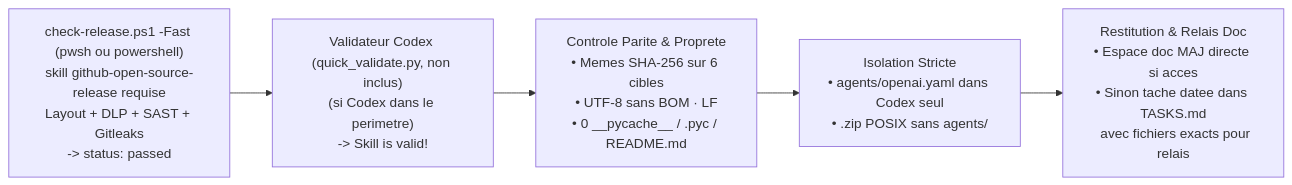
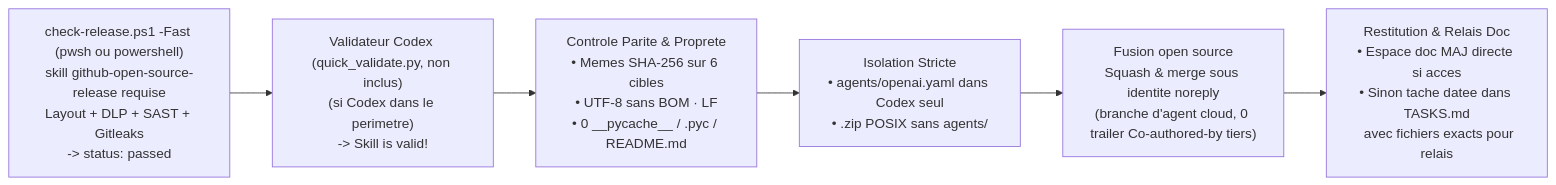
Before and after one commit to Melkyzedec/Toolbox: the second of 2 diagrams in skills/mon-standard-skill/references/processus.md, drawn with Mermaid. The commit also changed other lines of this file and 5 other files, not shown here.

Commit message:
docs(skills): checklist Windows 6 points, hygiene scanners, Squash noreply et seuil mutation 80% (#12)

````diff
--- a/skills/mon-standard-skill/references/processus.md
+++ b/skills/mon-standard-skill/references/processus.md
@@ -44,10 +44,11 @@
 ```mermaid
 flowchart LR
     GATE["check-release.ps1 -Fast (pwsh ou powershell)\nskill github-open-source-release requise\nLayout + DLP + SAST + Gitleaks\n-> status: passed"]
     QV["Validateur Codex (quick_validate.py, non inclus)\n(si Codex dans le perimetre)\n-> Skill is valid!"]
     HASH["Controle Parite & Proprete\n• Memes SHA-256 sur 6 cibles\n• UTF-8 sans BOM · LF\n• 0 __pycache__ / .pyc / README.md"]
     ISO["Isolation Stricte\n• agents/openai.yaml dans Codex seul\n• .zip POSIX sans agents/"]
+    MERGE["Fusion open source\nSquash & merge sous identite noreply\n(branche d'agent cloud, 0 trailer Co-authored-by tiers)"]
     DONE["Restitution & Relais Doc\n• Espace doc MAJ directe si acces\n• Sinon tache datee dans TASKS.md\n  avec fichiers exacts pour relais"]
 
-    GATE --> QV --> HASH --> ISO --> DONE
+    GATE --> QV --> HASH --> ISO --> MERGE --> DONE
 ```
````
